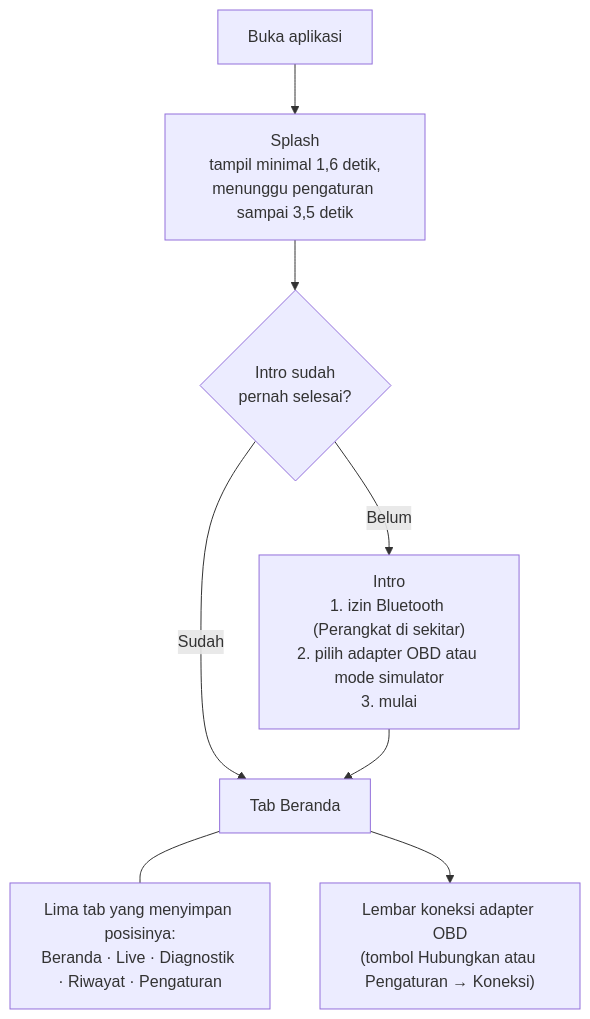
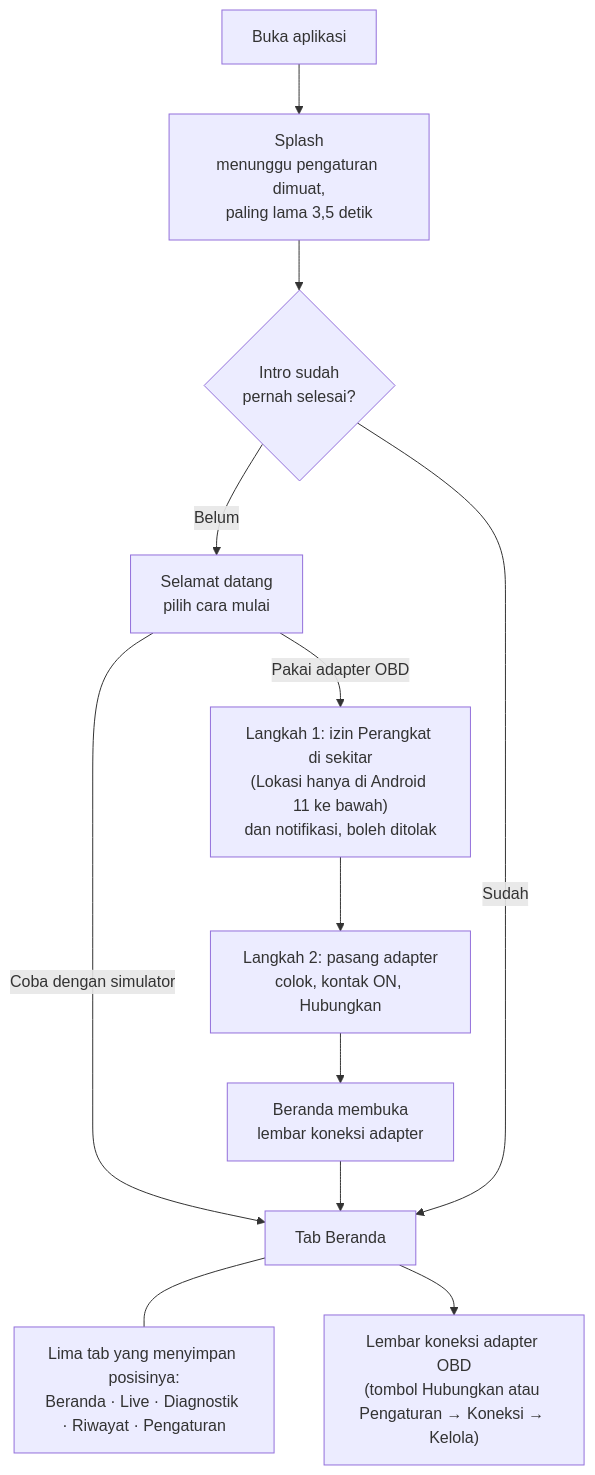
The second of 10 diagrams in docs/alur-kerja.md (RulyOctareza/OBD-Scanner), drawn with Mermaid before and after one commit. The commit also changed 2 other files, not shown here.

Commit message:
docs: describe the redesigned first run
The first screen now asks how to start: the simulator needs no permission, the adapter path asks for Perangkat di sekitar (Location only on Android 11 and older) and optional notifications, then guides plugging in and opens the connection sheet. The splash only waits for settings, at most 3.5 s. README steps, the workflow diagram and the Play app-access text follow.

````diff
--- a/docs/alur-kerja.md
+++ b/docs/alur-kerja.md
@@ -46,10 +46,14 @@
 ```mermaid
 flowchart TD
-    A["Buka aplikasi"] --> B["Splash<br/>tampil minimal 1,6 detik,<br/>menunggu pengaturan sampai 3,5 detik"]
+    A["Buka aplikasi"] --> B["Splash<br/>menunggu pengaturan dimuat,<br/>paling lama 3,5 detik"]
     B --> C{"Intro sudah<br/>pernah selesai?"}
-    C -- "Belum" --> D["Intro<br/>1. izin Bluetooth (Perangkat di sekitar)<br/>2. pilih adapter OBD atau mode simulator<br/>3. mulai"]
+    C -- "Belum" --> W["Selamat datang<br/>pilih cara mulai"]
+    W -- "Coba dengan simulator" --> E
+    W -- "Pakai adapter OBD" --> P["Langkah 1: izin Perangkat di sekitar<br/>(Lokasi hanya di Android 11 ke bawah)<br/>dan notifikasi, boleh ditolak"]
+    P --> Q["Langkah 2: pasang adapter<br/>colok, kontak ON, Hubungkan"]
+    Q --> S["Beranda membuka<br/>lembar koneksi adapter"]
     C -- "Sudah" --> E["Tab Beranda"]
-    D --> E
+    S --> E
     E --- T["Lima tab yang menyimpan posisinya:<br/>Beranda · Live · Diagnostik · Riwayat · Pengaturan"]
-    E --> S["Lembar koneksi adapter OBD<br/>(tombol Hubungkan atau Pengaturan → Koneksi)"]
+    E --> K["Lembar koneksi adapter OBD<br/>(tombol Hubungkan atau Pengaturan → Koneksi → Kelola)"]
 ```
````
